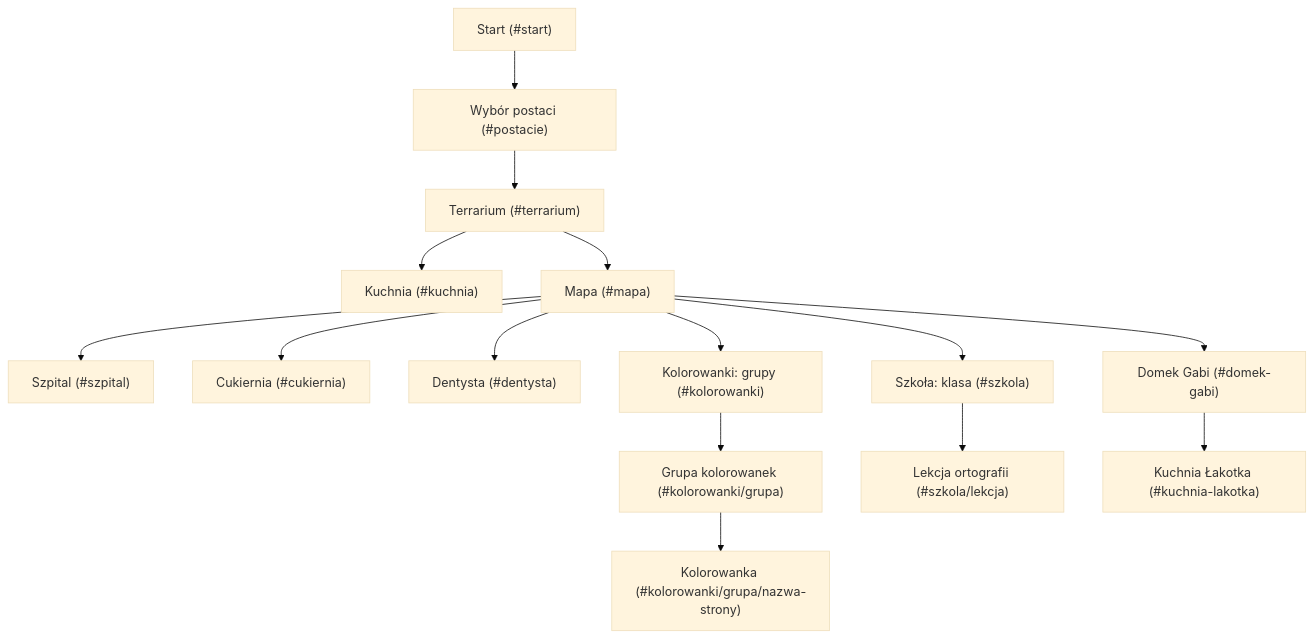
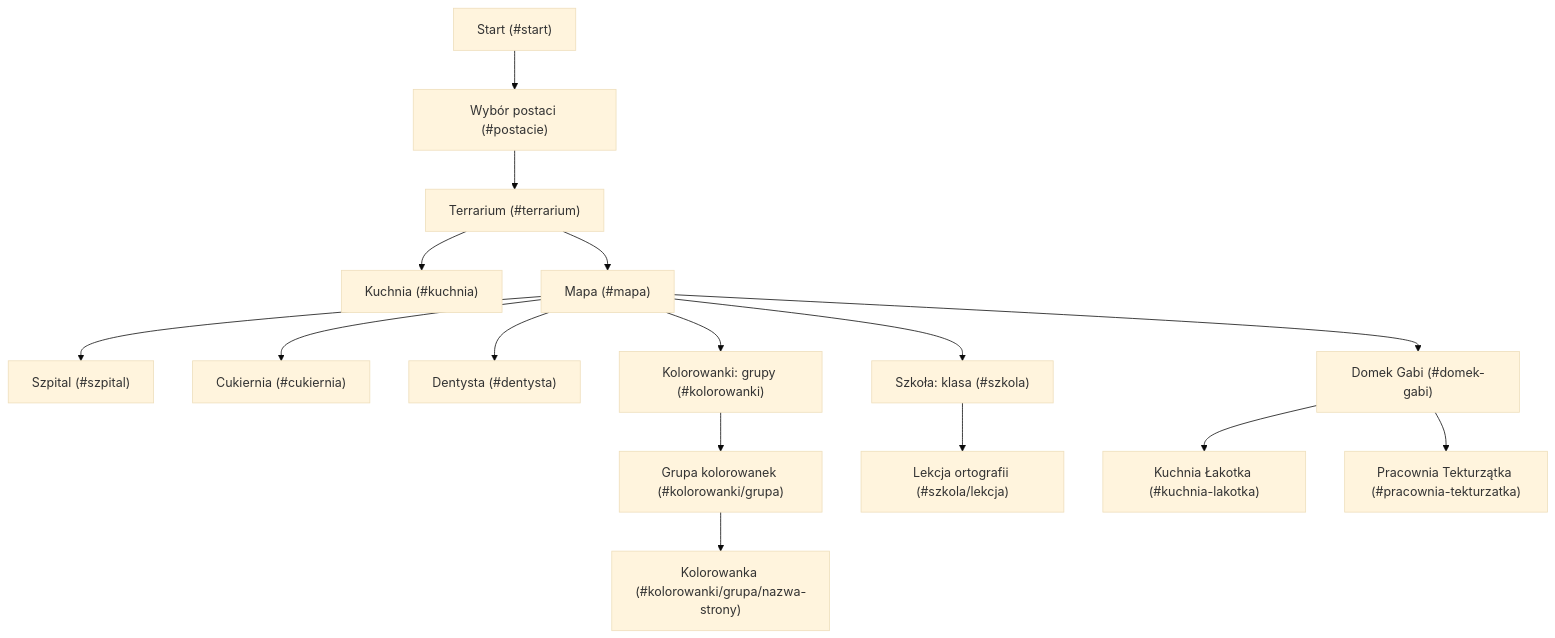
Before and after one commit to matyldawarp/swiat-siostr: the diagram in README.md, drawn with Mermaid (base theme). The commit also changed 7 other files, not shown here.

Commit message:
Pracownia Tekturzatka i kociwinda miedzy pokojami domku Gabi

````diff
--- a/README.md
+++ b/README.md
@@ -29,17 +29,18 @@
 ```mermaid
 flowchart TD
     start["Start (#start)"] --> postacie["Wybór postaci (#postacie)"]
     postacie --> terrarium["Terrarium (#terrarium)"]
     terrarium --> kuchnia["Kuchnia (#kuchnia)"]
     terrarium --> mapa["Mapa (#mapa)"]
     mapa --> szpital["Szpital (#szpital)"]
     mapa --> cukiernia["Cukiernia (#cukiernia)"]
     mapa --> dentysta["Dentysta (#dentysta)"]
     mapa --> kolorowanki["Kolorowanki: grupy (#kolorowanki)"]
     kolorowanki --> grupa["Grupa kolorowanek (#kolorowanki/grupa)"]
     grupa --> strona["Kolorowanka (#kolorowanki/grupa/nazwa-strony)"]
     mapa --> szkola["Szkoła: klasa (#szkola)"]
     szkola --> lekcja["Lekcja ortografii (#szkola/lekcja)"]
     mapa --> gabi["Domek Gabi (#domek-gabi)"]
     gabi --> lakotek["Kuchnia Łakotka (#kuchnia-lakotka)"]
+    gabi --> tekturzatko["Pracownia Tekturzątka (#pracownia-tekturzatka)"]
 ```
````
